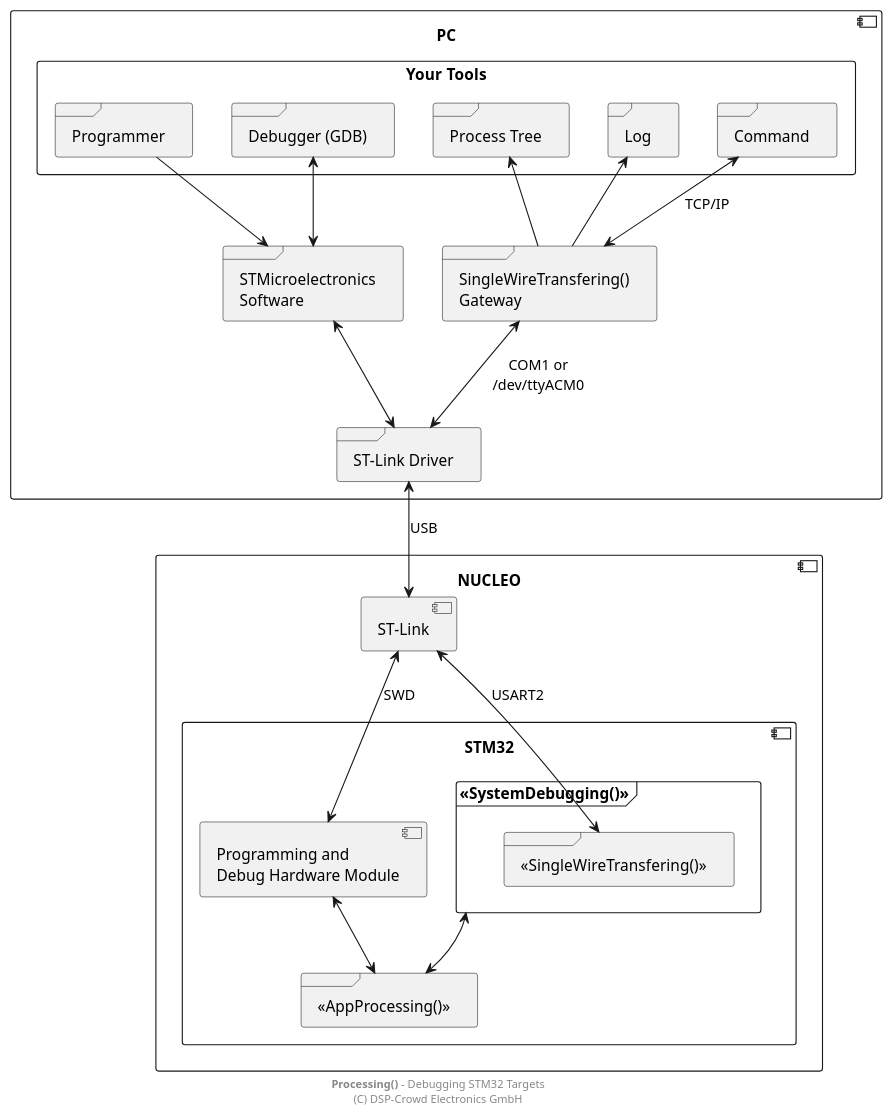
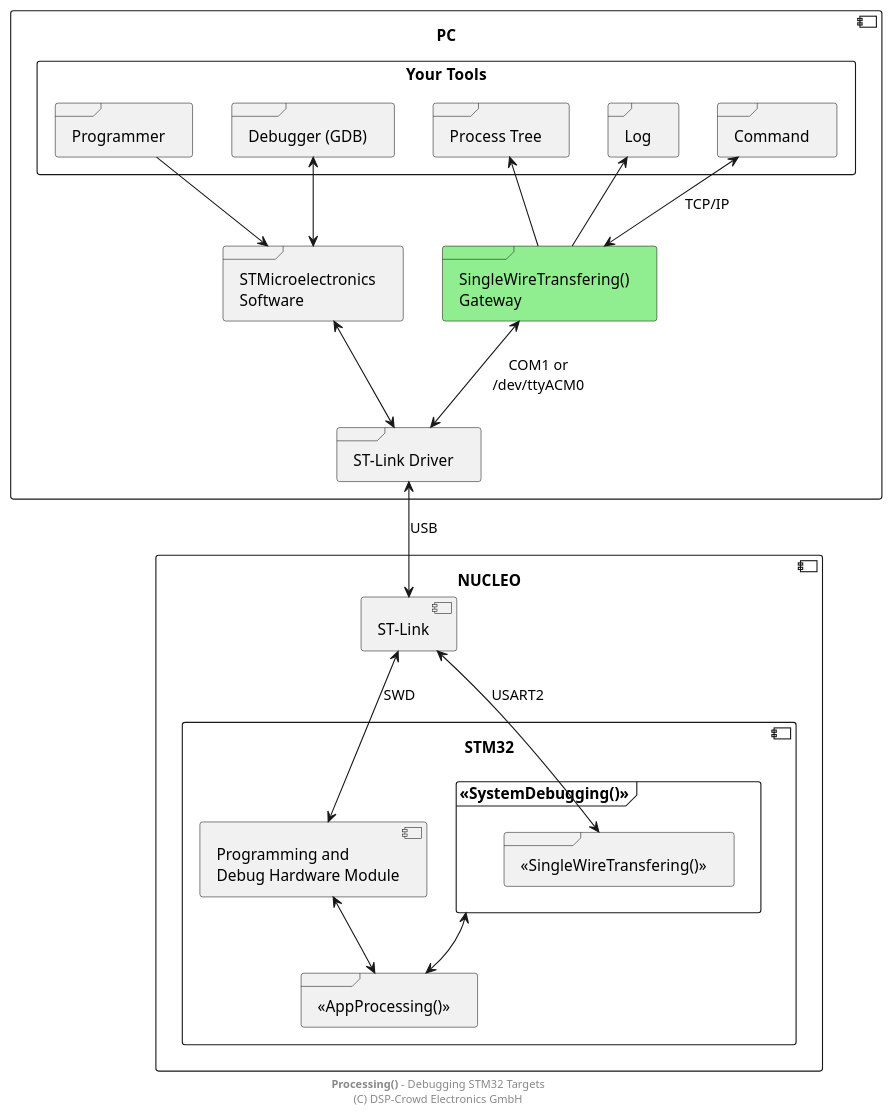
The diagram in doc/system/stm32-uart_3.pu (NoOrientationProgramming/code-orb), drawn with PlantUML before and after one commit. The commit also changed 1 other file, not shown here.

Commit message:
doc: Hightlight SingleWireTransfering() GW

```diff
--- a/doc/system/stm32-uart_3.pu
+++ b/doc/system/stm32-uart_3.pu
@@ -2,64 +2,64 @@
 @startuml
 
 ' skinparam linetype ortho
 ' scale 0.6
 
 component PC as pPc {
 
 	rectangle "Your Tools" as pTools {
 
 		frame "Programmer" as pProg
 		frame "Debugger (GDB)" as pDbg
 
 		frame "Process Tree" as pTree
 		frame "Log" as pLog
 		frame "Command" as pCmd
 		' frame "Custom\nChannels" as pCustom
 	}
 
-	frame "SingleWireTransfering()\nGateway" as pGw
+	frame "SingleWireTransfering()\nGateway" as pGw #lightgreen
 	frame "STMicroelectronics\nSoftware" as pStSw
 
 	frame "ST-Link Driver" as pDrv
 
 	pProg --> pStSw
 	pDbg <--> pStSw
 
 	pTree <-- pGw
 	pLog <-- pGw
 	pCmd <--> pGw : "TCP/IP"
 	' pCustom <--> pGw
 
 	pStSw <--> pDrv
 	pGw <--> pDrv : "COM1 or\n/dev/ttyACM0"
 
 	pStSw -r[hidden]- pGw
 }
 
 component "NUCLEO" as pNuc {
 
 	component "STM32" {
 
 		component "Programming and\nDebug Hardware Module" as pHwDbg
 
 		frame "<<SystemDebugging()>>" as pSysDbg {
 			frame "<<SingleWireTransfering()>>" as pSwt
 		}
 
 		frame "<<AppProcessing()>>" as pApp
 
 		pHwDbg <--> pApp
 		pSysDbg <--> pApp
 	}
 
 	component "ST-Link" as pStLink
 
 	pStLink <--> pHwDbg : SWD
 	pStLink <--> pSwt : USART2
 }
 
 pDrv <--> pStLink : USB
 
 footer **Processing()** - Debugging STM32 Targets\n(C) DSP-Crowd Electronics GmbH
 
 @enduml
```
